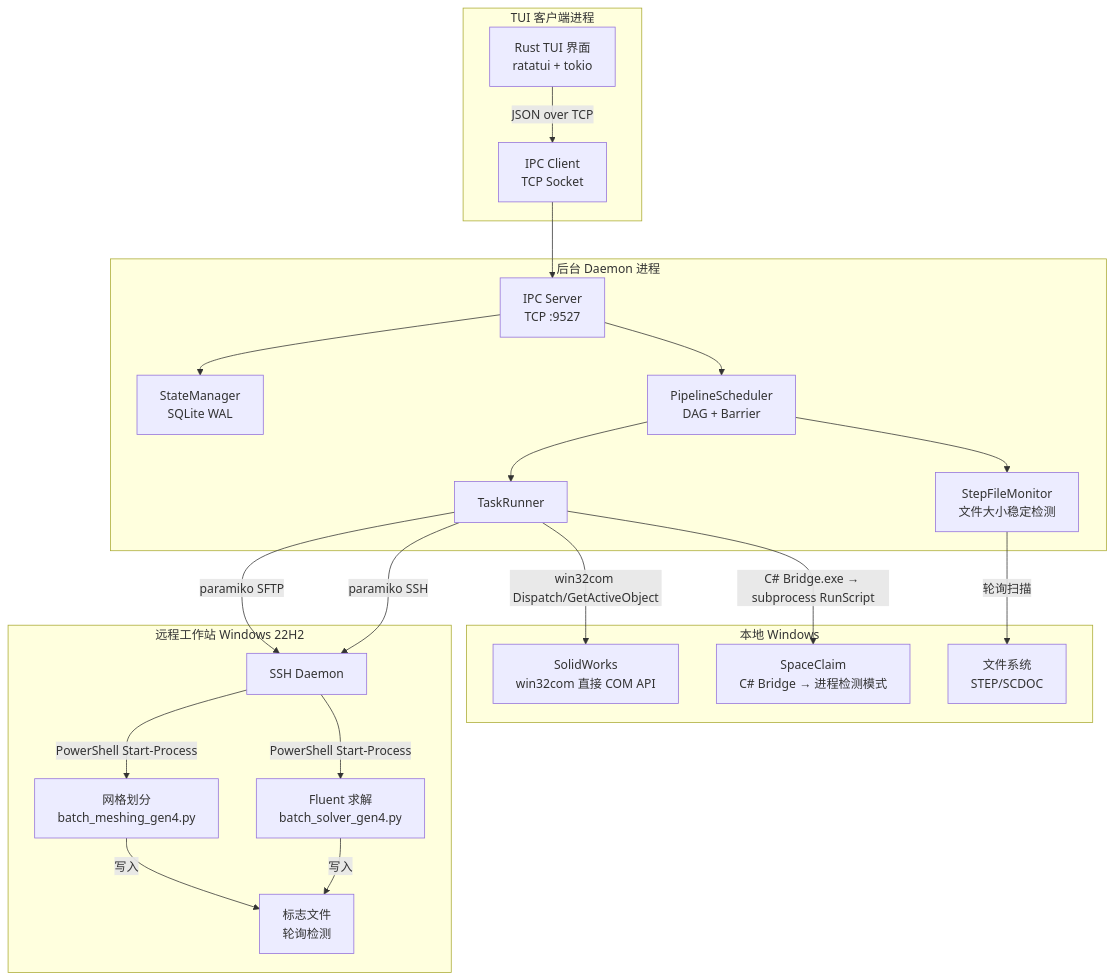
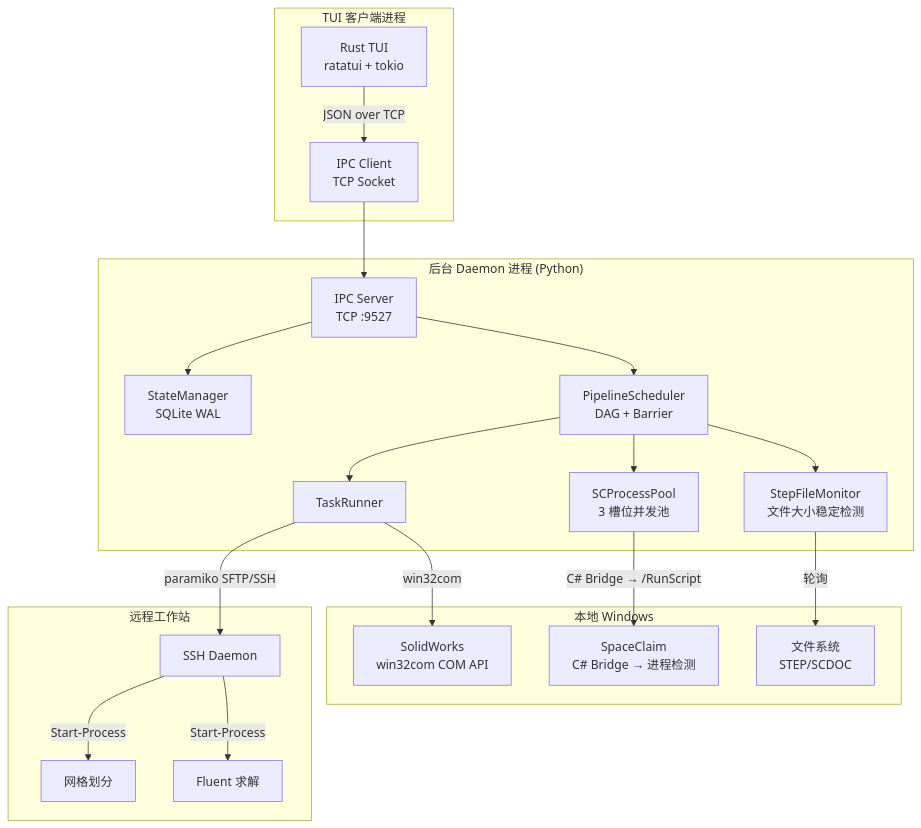
The diagram in README.md (Hab1nA/AutoFluidSimulation), drawn with Mermaid before and after one commit. The commit also changed other lines of this file and 13 other files, not shown here.

First line of the commit message:
Refactor build scripts and project structure for SpaceClaimBridge

````diff
--- a/README.md
+++ b/README.md
@@ -68,44 +28,42 @@
 ```mermaid
 graph TB
     subgraph "TUI 客户端进程"
-        TUI[Rust TUI 界面<br/>ratatui + tokio]
+        TUI[Rust TUI<br/>ratatui + tokio]
         IPC_C[IPC Client<br/>TCP Socket]
     end
 
-    subgraph "后台 Daemon 进程"
+    subgraph "后台 Daemon 进程 (Python)"
         IPC_S[IPC Server<br/>TCP :9527]
         SM[StateManager<br/>SQLite WAL]
         SCH[PipelineScheduler<br/>DAG + Barrier]
         TR[TaskRunner]
+        SCPOOL[SCProcessPool<br/>3 槽位并发池]
         FM[StepFileMonitor<br/>文件大小稳定检测]
     end
 
     subgraph "本地 Windows"
-        SW[SolidWorks<br/>win32com 直接 COM API]
-        SC[SpaceClaim<br/>C# Bridge → 进程检测模式]
+        SW[SolidWorks<br/>win32com COM API]
+        SC[SpaceClaim<br/>C# Bridge → 进程检测]
         FS[文件系统<br/>STEP/SCDOC]
     end
 
-    subgraph "远程工作站 Windows 22H2"
+    subgraph "远程工作站"
         SSH[SSH Daemon]
-        MESH[网格划分<br/>batch_meshing_gen4.py]
-        SOLVER[Fluent 求解<br/>batch_solver_gen4.py]
-        FLAGS[标志文件<br/>轮询检测]
+        MESH[网格划分]
+        SOLVER[Fluent 求解]
     end
 
     TUI -->|JSON over TCP| IPC_C
     IPC_C --> IPC_S
     IPC_S --> SM
     IPC_S --> SCH
     SCH --> FM
     SCH --> TR
-    TR -->|win32com Dispatch/GetActiveObject| SW
-    TR -->|C# Bridge.exe → subprocess RunScript| SC
-    TR -->|paramiko SFTP| SSH
-    TR -->|paramiko SSH| SSH
-    SSH -->|PowerShell Start-Process| MESH
-    SSH -->|PowerShell Start-Process| SOLVER
-    FM -->|轮询扫描| FS
-    MESH -->|写入| FLAGS
-    SOLVER -->|写入| FLAGS
+    SCH --> SCPOOL
+    TR -->|win32com| SW
+    SCPOOL -->|C# Bridge → /RunScript| SC
+    TR -->|paramiko SFTP/SSH| SSH
+    SSH -->|Start-Process| MESH
+    SSH -->|Start-Process| SOLVER
+    FM -->|轮询| FS
 ```
````
